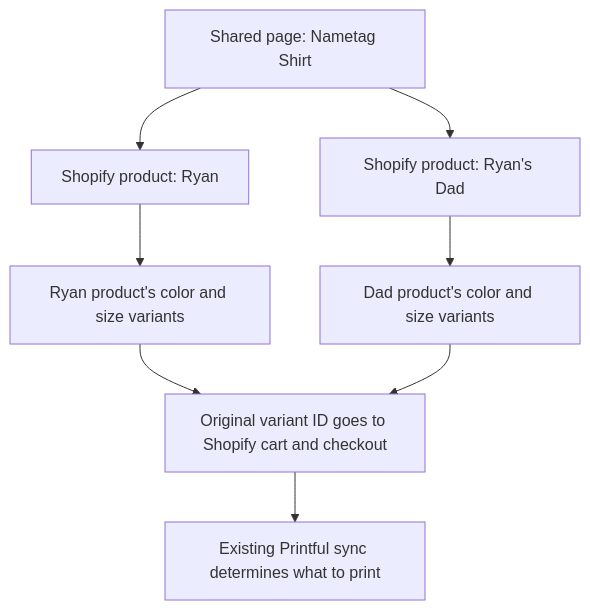
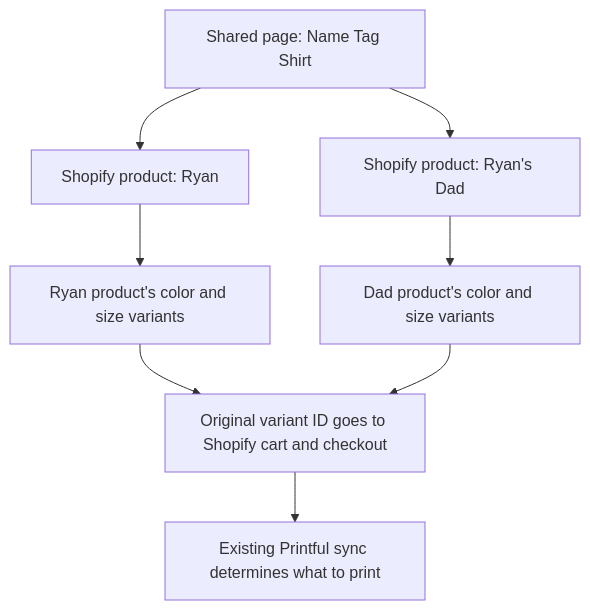
Before and after one commit to ryanmeetup/ryanmeetup-web: the diagram in apps/store/README.md, drawn with Mermaid. The commit also changed other lines of this file and 10 other files, not shown here.

First line of the commit message:
refactor(store): rename the nametag listing to Name Tag Shirt

````diff
--- a/apps/store/README.md
+++ b/apps/store/README.md
@@ -75,10 +75,10 @@
 ```mermaid
 flowchart TD
-  listing["Shared page: Nametag Shirt"] --> ryan["Shopify product: Ryan"]
+  listing["Shared page: Name Tag Shirt"] --> ryan["Shopify product: Ryan"]
   listing --> dad["Shopify product: Ryan's Dad"]
   ryan --> ryanVariant["Ryan product's color and size variants"]
   dad --> dadVariant["Dad product's color and size variants"]
   ryanVariant --> cart["Original variant ID goes to Shopify cart and checkout"]
   dadVariant --> cart
   cart --> printful["Existing Printful sync determines what to print"]
 ```
````
